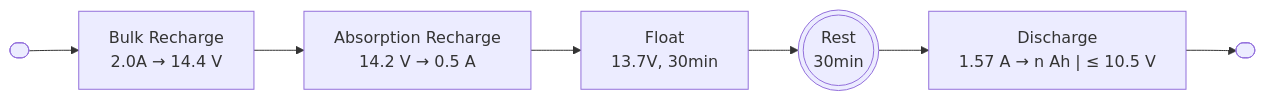
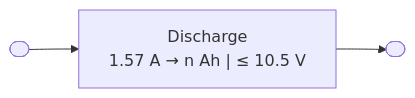
Before and after one commit to UCT-MARiS/SISPS-EXP-SOH: the third of 3 diagrams in Docs/UCT003 SoH Methodology.md, drawn with Mermaid. The commit also changed other lines of this file and 2 other files, not shown here.

````diff
--- a/Docs/UCT003 SoH Methodology.md
+++ b/Docs/UCT003 SoH Methodology.md
@@ -125,19 +127,12 @@
 ```mermaid
 %%{init: {"flowchart": {"format": svg}} }%%
 flowchart LR
 
 start([ ])
-wait(((Rest<br>30min)))
-bulk[Bulk Recharge<br>2.0A &rarr; 14.4 V]
-absorb[Absorption Recharge<br>14.2 V #rarr; 0.5 A]
-float[Float<br>13.7V, 30min]
+
 discharge[Discharge<br>1.57 A &rarr; n Ah &vert; &leq; 10.5 V]
 done([ ])
 
-start --> bulk
-bulk --> absorb
-absorb --> float
-float --> wait
-wait --> discharge
+start --> discharge
 discharge --> done
 ```
````
